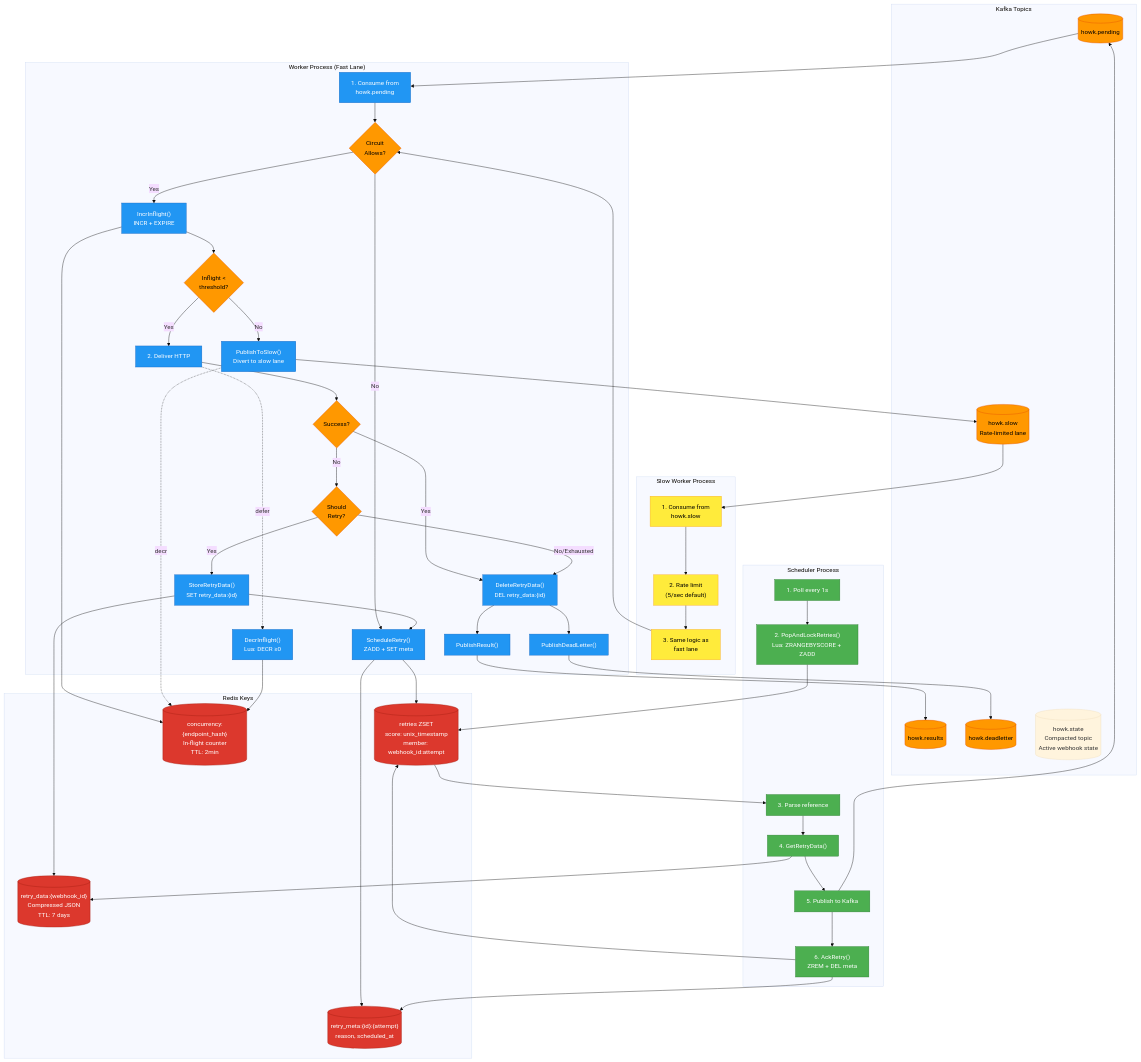
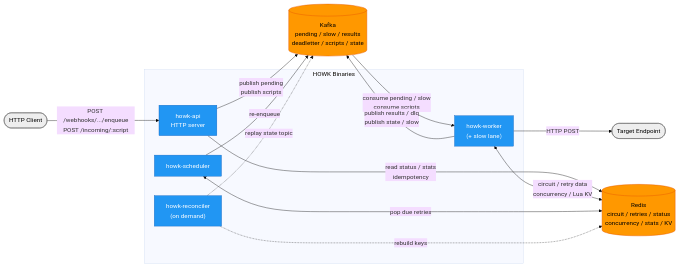
Before and after one commit to renatocron/howk: the diagram in README.md, drawn with Mermaid (base theme). The commit also changed other lines of this file and 15 other files, not shown here.

````diff
--- a/README.md
+++ b/README.md
@@ -93,110 +97,38 @@
 ```mermaid
-flowchart TB
-    subgraph Kafka["Kafka Topics"]
-        PENDING[("howk.pending")]
-        SLOW[("howk.slow<br/>Rate-limited lane")]
-        RESULTS[("howk.results")]
-        DLQ[("howk.deadletter")]
-        STATE[("howk.state<br/>Compacted topic<br/>Active webhook state")]
+flowchart LR
+    Client(["HTTP Client"])
+    Endpoint(["Target Endpoint"])
+
+    subgraph Howk["HOWK Binaries"]
+        API["howk-api<br/>HTTP server"]
+        Worker["howk-worker<br/>(+ slow lane)"]
+        Scheduler["howk-scheduler"]
+        Reconciler["howk-reconciler<br/>(on demand)"]
     end
 
-    subgraph Redis["Redis Keys"]
-        DATA[("retry_data:{webhook_id}<br/>Compressed JSON<br/>TTL: 7 days")]
-        ZSET[("retries ZSET<br/>score: unix_timestamp<br/>member: webhook_id:attempt")]
-        META[("retry_meta:{id}:{attempt}<br/>reason, scheduled_at")]
-        CONC[("concurrency:{endpoint_hash}<br/>In-flight counter<br/>TTL: 2min")]
-    end
+    Kafka[("Kafka<br/>pending / slow / results<br/>deadletter / scripts / state")]
+    Redis[("Redis<br/>circuit / retries / status<br/>concurrency / stats / KV")]
 
-    subgraph Worker["Worker Process (Fast Lane)"]
-        W_CONSUME["1. Consume from<br/>howk.pending"]
-        W_CHECK_CB{"Circuit<br/>Allows?"}
-        W_CHECK_CONC{"Inflight &lt;<br/>threshold?"}
-        W_INCR["IncrInflight()<br/>INCR + EXPIRE"]
-        W_DELIVER["2. Deliver HTTP"]
-        W_DECR["DecrInflight()<br/>Lua: DECR ≥0"]
-        W_SUCCESS{"Success?"}
-        W_RETRY{"Should<br/>Retry?"}
-        W_STORE["StoreRetryData()<br/>SET retry_data:{id}"]
-        W_SCHEDULE["ScheduleRetry()<br/>ZADD + SET meta"]
-        W_CLEANUP["DeleteRetryData()<br/>DEL retry_data:{id}"]
-        W_PUBLISH_OK["PublishResult()"]
-        W_PUBLISH_DLQ["PublishDeadLetter()"]
-        W_PUBLISH_SLOW["PublishToSlow()<br/>Divert to slow lane"]
-    end
+    Client -->|POST /webhooks/.../enqueue<br/>POST /incoming/:script| API
+    API -->|publish pending<br/>publish scripts| Kafka
+    API -->|read status / stats<br/>idempotency| Redis
 
-    subgraph SlowWorker["Slow Worker Process"]
-        SW_CONSUME["1. Consume from<br/>howk.slow"]
-        SW_RATE["2. Rate limit<br/>(5/sec default)"]
-        SW_REUSE["3. Same logic as<br/>fast lane"]
-    end
+    Kafka -->|consume pending / slow<br/>consume scripts| Worker
+    Worker -->|HTTP POST| Endpoint
+    Worker -->|publish results / dlq<br/>publish state / slow| Kafka
+    Worker <-->|circuit / retry data<br/>concurrency / Lua KV| Redis
 
-    subgraph Scheduler["Scheduler Process"]
-        S_POLL["1. Poll every 1s"]
-        S_POP["2. PopAndLockRetries()<br/>Lua: ZRANGEBYSCORE + ZADD"]
-        S_PARSE["3. Parse reference"]
-        S_FETCH["4. GetRetryData()"]
-        S_PUBLISH["5. Publish to Kafka"]
-        S_ACK["6. AckRetry()<br/>ZREM + DEL meta"]
-    end
+    Scheduler <-->|pop due retries| Redis
+    Scheduler -->|re-enqueue| Kafka
 
-    PENDING --> W_CONSUME
-    W_CONSUME --> W_CHECK_CB
-    W_CHECK_CB -->|No| W_SCHEDULE
-    W_CHECK_CB -->|Yes| W_INCR
-    W_INCR --> CONC
-    W_INCR --> W_CHECK_CONC
-    
-    W_CHECK_CONC -->|Yes| W_DELIVER
-    W_CHECK_CONC -->|No| W_PUBLISH_SLOW
-    W_PUBLISH_SLOW --> SLOW
-    W_PUBLISH_SLOW -.->|decr| CONC
-    
-    W_DELIVER --> W_SUCCESS
-    W_DELIVER -.->|defer| W_DECR
-    W_DECR --> CONC
-    
-    W_SUCCESS -->|Yes| W_CLEANUP
-    W_CLEANUP --> W_PUBLISH_OK
-    W_PUBLISH_OK --> RESULTS
-    
-    W_SUCCESS -->|No| W_RETRY
-    W_RETRY -->|Yes| W_STORE
-    W_STORE --> DATA
-    W_STORE --> W_SCHEDULE
-    W_SCHEDULE --> ZSET
-    W_SCHEDULE --> META
-    
-    W_RETRY -->|No/Exhausted| W_CLEANUP
-    W_CLEANUP --> W_PUBLISH_DLQ
-    W_PUBLISH_DLQ --> DLQ
+    Reconciler -.->|replay state topic| Kafka
+    Reconciler -.->|rebuild keys| Redis
 
-    SLOW --> SW_CONSUME
-    SW_CONSUME --> SW_RATE
-    SW_RATE --> SW_REUSE
-    SW_REUSE --> W_CHECK_CB
+    classDef binary fill:#2196f3,stroke:#1565c0,color:#fff
+    classDef store fill:#ff9800,stroke:#e65100,color:#000
+    classDef external fill:#eeeeee,stroke:#616161,color:#000
 
-    S_POLL --> S_POP
-    S_POP --> ZSET
-    ZSET --> S_PARSE
-    S_PARSE --> S_FETCH
-    S_FETCH --> DATA
-    S_FETCH --> S_PUBLISH
-    S_PUBLISH --> PENDING
-    S_PUBLISH --> S_ACK
-    S_ACK --> ZSET
-    S_ACK --> META
-
-    classDef kafka fill:#ff9800,stroke:#e65100,color:#000
-    classDef redis fill:#dc382d,stroke:#a41e11,color:#fff
-    classDef worker fill:#2196f3,stroke:#1565c0,color:#fff
-    classDef slowworker fill:#ffeb3b,stroke:#f9a825,color:#000
-    classDef scheduler fill:#4caf50,stroke:#2e7d32,color:#fff
-    classDef decision fill:#ff9800,stroke:#e65100,color:#000
-
-    class PENDING,SLOW,RESULTS,DLQ kafka
-    class DATA,ZSET,META,CONC redis
-    class W_CONSUME,W_DELIVER,W_STORE,W_SCHEDULE,W_CLEANUP,W_PUBLISH_OK,W_PUBLISH_DLQ,W_INCR,W_DECR,W_PUBLISH_SLOW worker
-    class SW_CONSUME,SW_RATE,SW_REUSE slowworker
-    class S_POLL,S_POP,S_PARSE,S_FETCH,S_PUBLISH,S_ACK scheduler
-    class W_SUCCESS,W_RETRY,W_CHECK_CB,W_CHECK_CONC decision
+    class API,Worker,Scheduler,Reconciler binary
+    class Kafka,Redis store
+    class Client,Endpoint external
 ```
````
